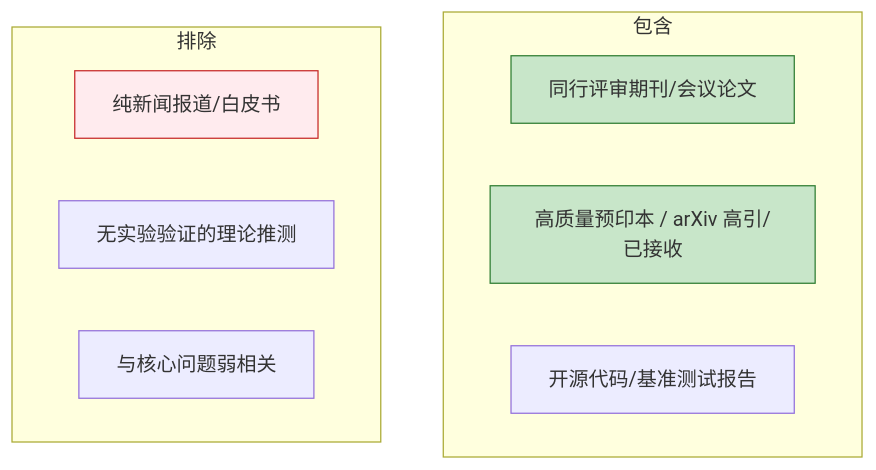
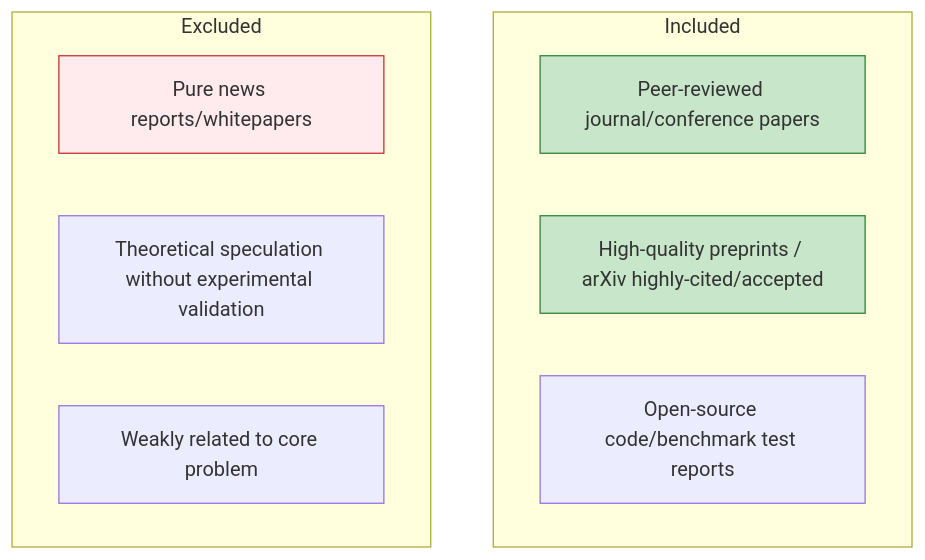
One commit to Kirky-X/cangjie changed the second of 9 diagrams in templates/【模板】论文研究报告.md. Above: the diagram before and after it, drawn with Mermaid. The commit also changed other lines of this file and 60 other files, not shown here.

````diff
--- a/templates/【模板】论文研究报告.md
+++ b/templates/【模板】论文研究报告.md
@@ -134,18 +134,18 @@
 ```mermaid
 graph TB
-    subgraph 包含
-        I1[同行评审期刊/会议论文]
-        I2[高质量预印本 / arXiv 高引/已接收]
-        I3[开源代码/基准测试报告]
+    subgraph Included
+        I1[Peer-reviewed journal/conference papers]
+        I2[High-quality preprints / arXiv highly-cited/accepted]
+        I3[Open-source code/benchmark test reports]
     end
 
-    subgraph 排除
-        E1[纯新闻报道/白皮书]
-        E2[无实验验证的理论推测]
-        E3[与核心问题弱相关]
+    subgraph Excluded
+        E1[Pure news reports/whitepapers]
+        E2[Theoretical speculation without experimental validation]
+        E3[Weakly related to core problem]
     end
 
     style I1 fill:#c8e6c9,stroke:#2e7d32
     style I2 fill:#c8e6c9,stroke:#2e7d32
     style E1 fill:#ffebee,stroke:#c62828
 ```
````
